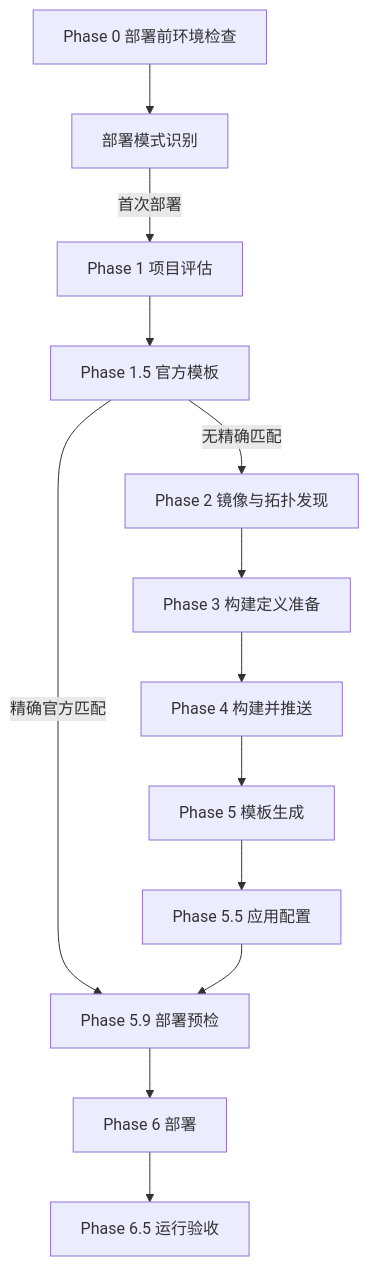
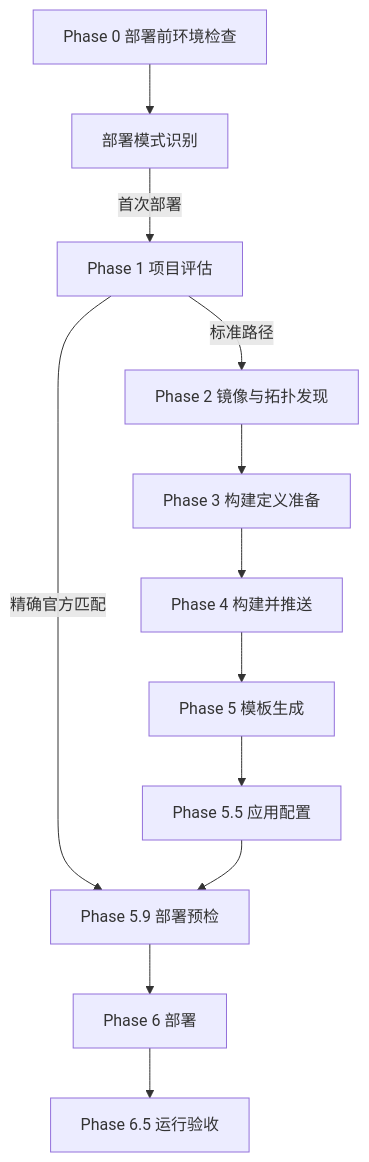
One commit to Che-Zhu/sealos-skills-doc changed the diagram in pipeline/overview.mdx. Above: the diagram before and after it, drawn with Mermaid. The commit also changed other lines of this file and 13 other files, not shown here.

````diff
--- a/pipeline/overview.mdx
+++ b/pipeline/overview.mdx
@@ -29,22 +29,20 @@
 ```mermaid
 flowchart TD
   P0[Phase 0 部署前环境检查]
   MD[部署模式识别]
   P1[Phase 1 项目评估]
-  P15[Phase 1.5 官方模板]
   P2[Phase 2 镜像与拓扑发现]
   P3[Phase 3 构建定义准备]
   P4[Phase 4 构建并推送]
   P5[Phase 5 模板生成]
   P55[Phase 5.5 应用配置]
   P59[Phase 5.9 部署预检]
   P6[Phase 6 部署]
   P65[Phase 6.5 运行验收]
 
   P0 --> MD
   MD -->|首次部署| P1
-  P1 --> P15
-  P15 -->|精确官方匹配| P59
-  P15 -->|无精确匹配| P2
+  P1 -->|精确官方匹配| P59
+  P1 -->|标准路径| P2
   P2 --> P3 --> P4 --> P5 --> P55 --> P59 --> P6 --> P65
 ```
````
